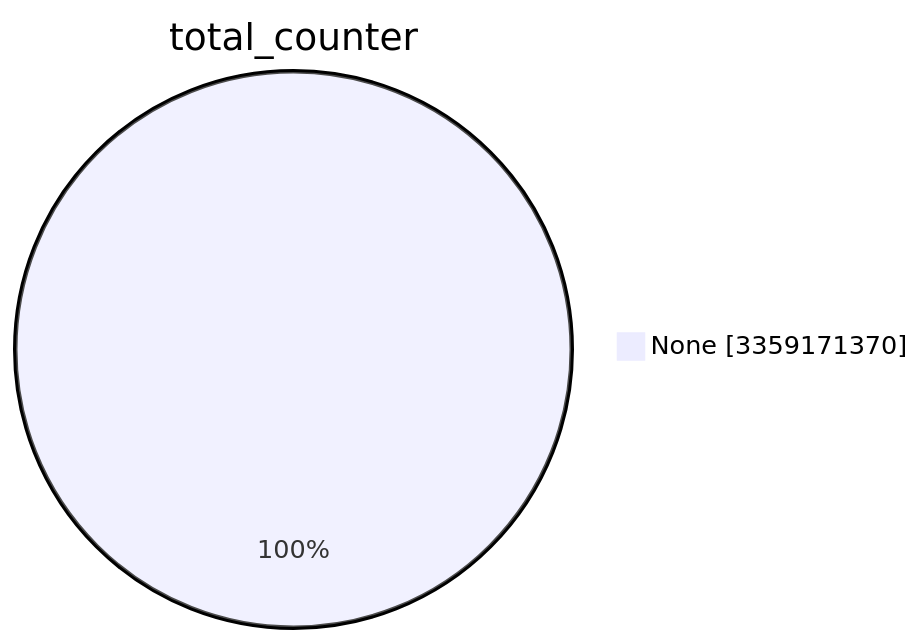
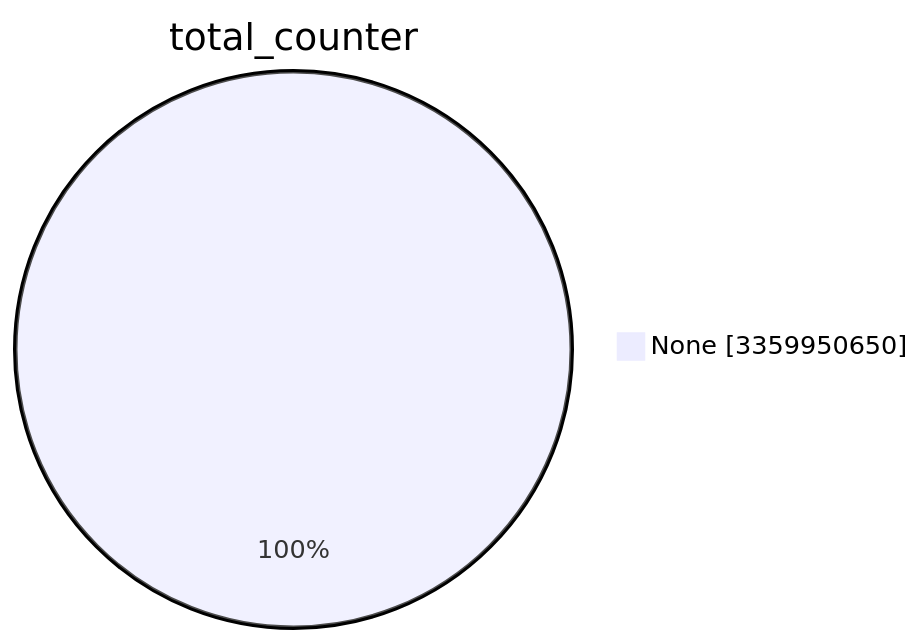
The first of 15 diagrams in TOTAL/README.md (christiankrug/ctmonitor_visualization), drawn with Mermaid before and after one commit. The commit also changed other lines of this file, not shown here.

````diff
--- a/TOTAL/README.md
+++ b/TOTAL/README.md
@@ -1,5 +1,5 @@
 ```mermaid
 pie showData
 title total_counter
-"None" :3359171370
+"None" :3359950650
 ```
````
